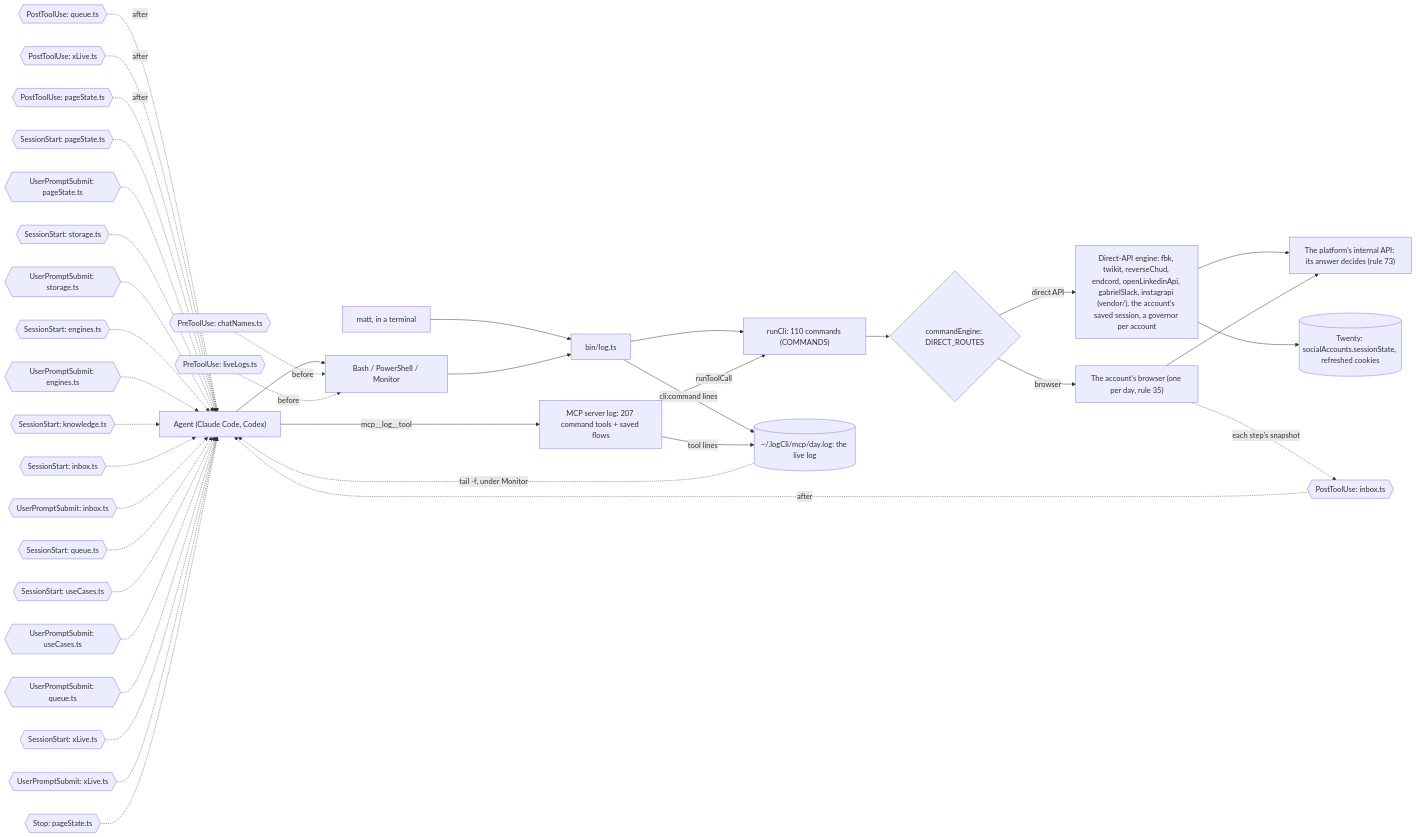
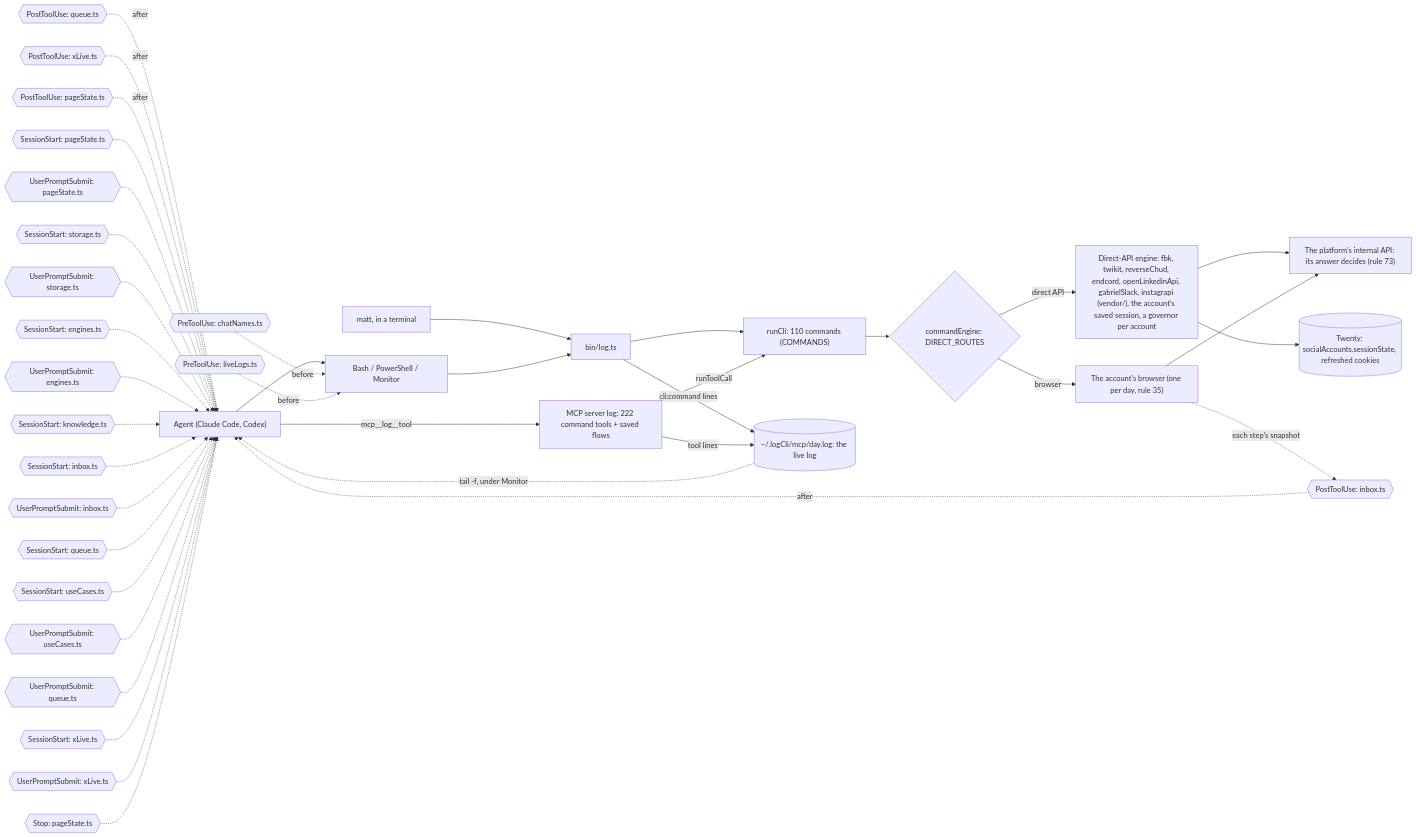
Before and after one commit to matthewdonsemail-lab/log: the third of 6 diagrams in docs/reference.md, drawn with Mermaid. The commit also changed other lines of this file and 121 other files, not shown here.

````diff
--- a/docs/reference.md
+++ b/docs/reference.md
@@ -195,53 +195,53 @@
 ```mermaid
 flowchart LR
   agent["Agent (Claude Code, Codex)"]
   matt["matt, in a terminal"]
   shell["Bash / PowerShell / Monitor"]
-  mcp["MCP server log: 207 command tools + saved flows"]
+  mcp["MCP server log: 222 command tools + saved flows"]
   bin["bin/log.ts"]
   runCli["runCli: 110 commands (COMMANDS)"]
   live[("~/.logCli/mcp/day.log: the live log")]
   engine{"commandEngine: DIRECT_ROUTES"}
   direct["Direct-API engine: fbk, twikit, reverseChud, endcord, openLinkedinApi, gabrielSlack, instagrapi (vendor/), the account's saved session, a governor per account"]
   browser["The account's browser (one per day, rule 35)"]
   api["The platform's internal API: its answer decides (rule 73)"]
   twenty[("Twenty: socialAccounts.sessionState, refreshed cookies")]
   agent --> shell
   matt --> bin
   shell --> bin
   agent -->|mcp__log__tool| mcp
   bin --> runCli
   mcp -->|runToolCall| runCli
   runCli --> engine
   engine -->|direct API| direct
   engine -->|browser| browser
   direct --> api
   browser --> api
   direct --> twenty
   bin -->|cli:command lines| live
   mcp -->|tool lines| live
   live -.->|tail -f, under Monitor| agent
   pre0{{"PreToolUse: chatNames.ts"}} -.->|before| shell
   pre1{{"PreToolUse: liveLogs.ts"}} -.->|before| shell
   post0{{"PostToolUse: inbox.ts"}} -.->|after| agent
   post1{{"PostToolUse: queue.ts"}} -.->|after| agent
   post2{{"PostToolUse: xLive.ts"}} -.->|after| agent
   post3{{"PostToolUse: pageState.ts"}} -.->|after| agent
   turn0{{"SessionStart: pageState.ts"}} -.-> agent
   turn1{{"UserPromptSubmit: pageState.ts"}} -.-> agent
   turn2{{"SessionStart: storage.ts"}} -.-> agent
   turn3{{"UserPromptSubmit: storage.ts"}} -.-> agent
   turn4{{"SessionStart: engines.ts"}} -.-> agent
   turn5{{"UserPromptSubmit: engines.ts"}} -.-> agent
   turn6{{"SessionStart: knowledge.ts"}} -.-> agent
   turn7{{"SessionStart: inbox.ts"}} -.-> agent
   turn8{{"UserPromptSubmit: inbox.ts"}} -.-> agent
   turn9{{"SessionStart: queue.ts"}} -.-> agent
   turn10{{"SessionStart: useCases.ts"}} -.-> agent
   turn11{{"UserPromptSubmit: useCases.ts"}} -.-> agent
   turn12{{"UserPromptSubmit: queue.ts"}} -.-> agent
   turn13{{"SessionStart: xLive.ts"}} -.-> agent
   turn14{{"UserPromptSubmit: xLive.ts"}} -.-> agent
   turn15{{"Stop: pageState.ts"}} -.-> agent
   browser -.->|each step's snapshot| post0
 ```
````
